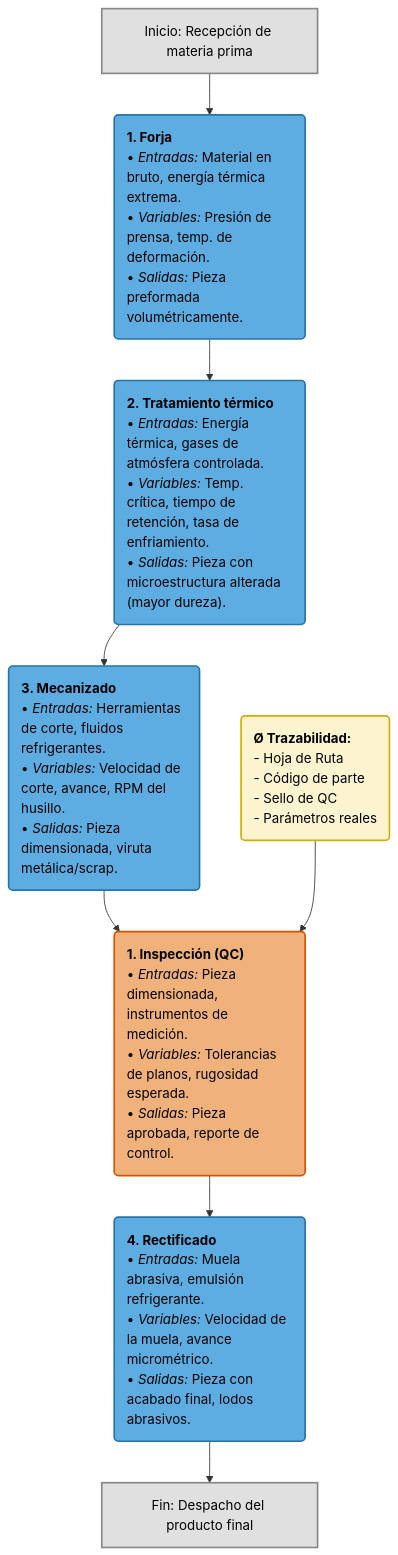
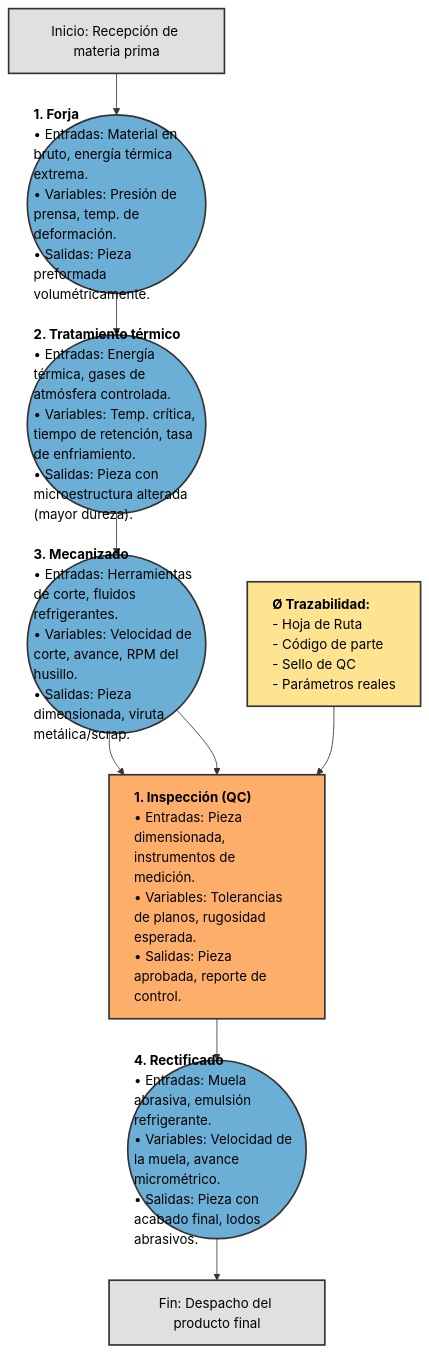
Before and after one commit to formula-coder/BASICS: the diagram in Fundamentos de los materiales/Diagrama de procesos.mmd, drawn with Mermaid.

```diff
--- a/Fundamentos de los materiales/Diagrama de procesos.mmd
+++ b/Fundamentos de los materiales/Diagrama de procesos.mmd
@@ -1,34 +1,24 @@
-flowchart TD
-    %% Definición de estilos para mantener los colores del diagrama original
-    classDef iniciofin fill:#e0e0e0,stroke:#888,stroke-width:2px,color:#000;
-    classDef operacion fill:#5dade2,stroke:#2874a6,stroke-width:2px,color:#000,text-align:left;
-    classDef traza fill:#fcf3cf,stroke:#d4ac0d,stroke-width:2px,color:#000,text-align:left;
-    classDef inspeccion fill:#f0b27a,stroke:#d35400,stroke-width:2px,color:#000,text-align:left;
+graph TD
+    classDef inicioFin fill:#e0e0e0,stroke:#333,stroke-width:2px,color:black;
+    classDef operacion fill:#6baed6,stroke:#333,stroke-width:2px,color:black,text-align:left;
+    classDef inspeccion fill:#fdae6b,stroke:#333,stroke-width:2px,color:black,text-align:left;
+    classDef trazabilidad fill:#fee391,stroke:#333,stroke-width:2px,color:black,text-align:left;
 
-    Start["Inicio: Recepción de materia prima"]:::iniciofin
-
-    Op1("<b>1. Forja</b><br>• <i>Entradas:</i> Material en bruto, energía térmica extrema.<br>• <i>Variables:</i> Presión de prensa, temp. de deformación.<br>• <i>Salidas:</i> Pieza preformada volumétricamente."):::operacion
-
-    Op2("<b>2. Tratamiento térmico</b><br>• <i>Entradas:</i> Energía térmica, gases de atmósfera controlada.<br>• <i>Variables:</i> Temp. crítica, tiempo de retención, tasa de enfriamiento.<br>• <i>Salidas:</i> Pieza con microestructura alterada (mayor dureza)."):::operacion
-
-    Op3("<b>3. Mecanizado</b><br>• <i>Entradas:</i> Herramientas de corte, fluidos refrigerantes.<br>• <i>Variables:</i> Velocidad de corte, avance, RPM del husillo.<br>• <i>Salidas:</i> Pieza dimensionada, viruta metálica/scrap."):::operacion
-
-    Trz("<b>Ø Trazabilidad:</b><br>- Hoja de Ruta<br>- Código de parte<br>- Sello de QC<br>- Parámetros reales"):::traza
-
-    Insp("<b>1. Inspección (QC)</b><br>• <i>Entradas:</i> Pieza dimensionada, instrumentos de medición.<br>• <i>Variables:</i> Tolerancias de planos, rugosidad esperada.<br>• <i>Salidas:</i> Pieza aprobada, reporte de control."):::inspeccion
-
-    Op4("<b>4. Rectificado</b><br>• <i>Entradas:</i> Muela abrasiva, emulsión refrigerante.<br>• <i>Variables:</i> Velocidad de la muela, avance micrométrico.<br>• <i>Salidas:</i> Pieza con acabado final, lodos abrasivos."):::operacion
-
-    End["Fin: Despacho del producto final"]:::iniciofin
-
-    %% Conexiones
-    Start --> Op1
-    Op1 --> Op2
-    Op2 --> Op3
-    Op3 --> Insp
-    Trz --> Insp
-    Insp --> Op4
-    Op4 --> End
+    Inicio["Inicio: Recepción de materia prima"]:::inicioFin --> A
     
-    %% Enlace invisible para mejorar la alineación visual (Trazabilidad a la derecha)
-    Op2 ~~~ Trz
+    A(("<b>1. Forja</b><br>• Entradas: Material en bruto, energía térmica extrema.<br>• Variables: Presión de prensa, temp. de deformación.<br>• Salidas: Pieza preformada volumétricamente.")):::operacion --> B
+    
+    B(("<b>2. Tratamiento térmico</b><br>• Entradas: Energía térmica, gases de atmósfera controlada.<br>• Variables: Temp. crítica, tiempo de retención, tasa de enfriamiento.<br>• Salidas: Pieza con microestructura alterada (mayor dureza).")):::operacion --> C
+    
+    C(("<b>3. Mecanizado</b><br>• Entradas: Herramientas de corte, fluidos refrigerantes.<br>• Variables: Velocidad de corte, avance, RPM del husillo.<br>• Salidas: Pieza dimensionada, viruta metálica/scrap.")):::operacion --> D
+    
+    D["<b>1. Inspección (QC)</b><br>• Entradas: Pieza dimensionada, instrumentos de medición.<br>• Variables: Tolerancias de planos, rugosidad esperada.<br>• Salidas: Pieza aprobada, reporte de control."]:::inspeccion
+    
+    E(("<b>4. Rectificado</b><br>• Entradas: Muela abrasiva, emulsión refrigerante.<br>• Variables: Velocidad de la muela, avance micrométrico.<br>• Salidas: Pieza con acabado final, lodos abrasivos.")):::operacion
+    
+    Tz["<b>Ø Trazabilidad:</b><br>- Hoja de Ruta<br>- Código de parte<br>- Sello de QC<br>- Parámetros reales"]:::trazabilidad
+    
+    C --> D
+    Tz --> D
+    D --> E
+    E --> Fin["Fin: Despacho del producto final"]:::inicioFin
```
